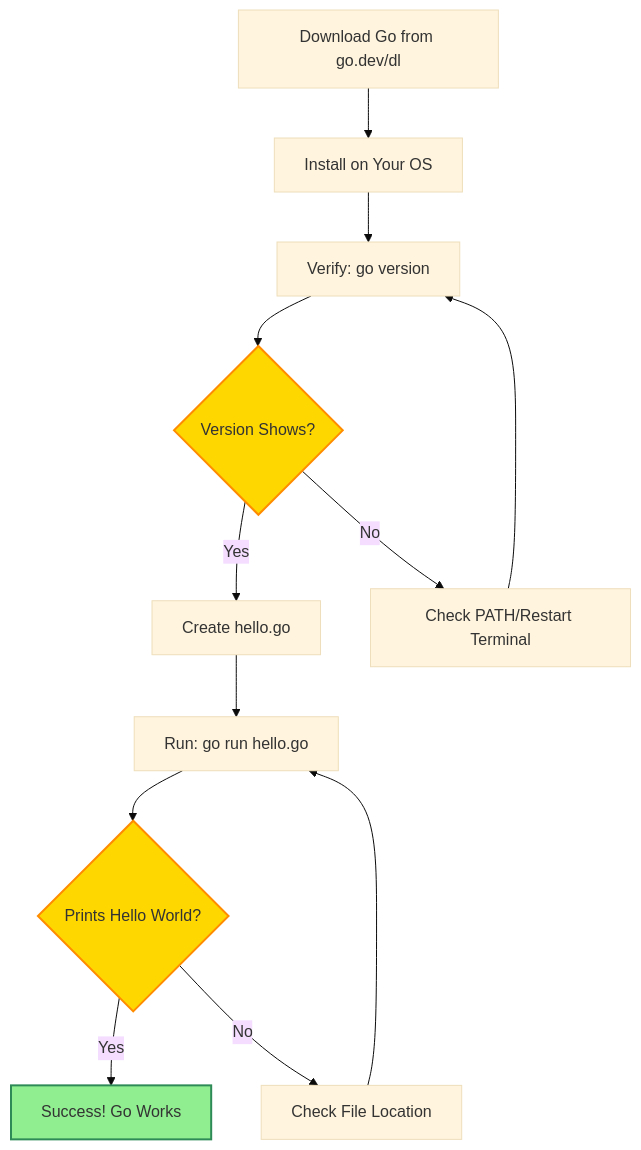
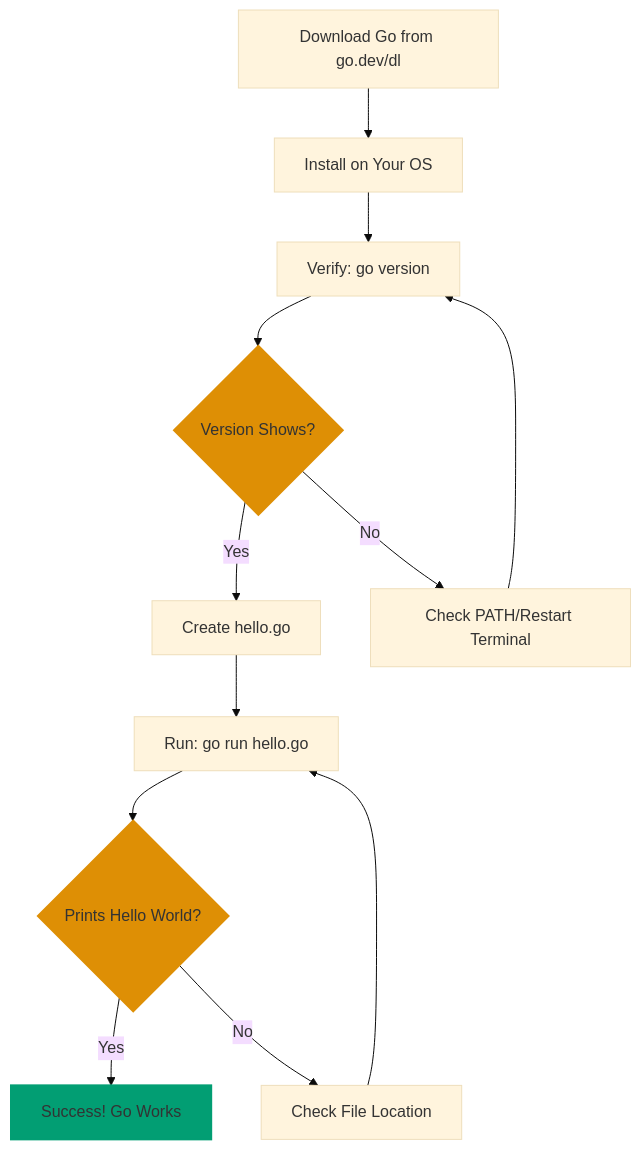
One commit to wahidyankf/open-sharia-enterprise changed the diagram in docs/tutorials/software-engineering/programming-languages/golang/tu-soen-prla-gola__initial-setup.md. Above: the diagram before and after it, drawn with Mermaid (base theme). The commit also changed other lines of this file and 22 other files, not shown here.

First line of the commit message:
docs(diagrams): ensure all mermaid diagrams use color-blind friendly palette

````diff
--- a/docs/tutorials/software-engineering/programming-languages/golang/tu-soen-prla-gola__initial-setup.md
+++ b/docs/tutorials/software-engineering/programming-languages/golang/tu-soen-prla-gola__initial-setup.md
@@ -33,18 +36,18 @@
 ```mermaid
 graph TD
     A[Download Go from go.dev/dl] --> B[Install on Your OS]
     B --> C[Verify: go version]
     C --> D{Version Shows?}
     D -->|Yes| E[Create hello.go]
     D -->|No| F[Check PATH/Restart Terminal]
     F --> C
     E --> G[Run: go run hello.go]
     G --> H{Prints Hello World?}
     H -->|Yes| I[Success! Go Works]
     H -->|No| J[Check File Location]
     J --> G
 
-    style I fill:#90EE90,stroke:#2E8B57,stroke-width:2px
-    style D fill:#FFD700,stroke:#FF8C00,stroke-width:2px
-    style H fill:#FFD700,stroke:#FF8C00,stroke-width:2px
+    style I fill:#029E73,stroke:#029E73,stroke-width:2px
+    style D fill:#DE8F05,stroke:#DE8F05,stroke-width:2px
+    style H fill:#DE8F05,stroke:#DE8F05,stroke-width:2px
 ```
````
